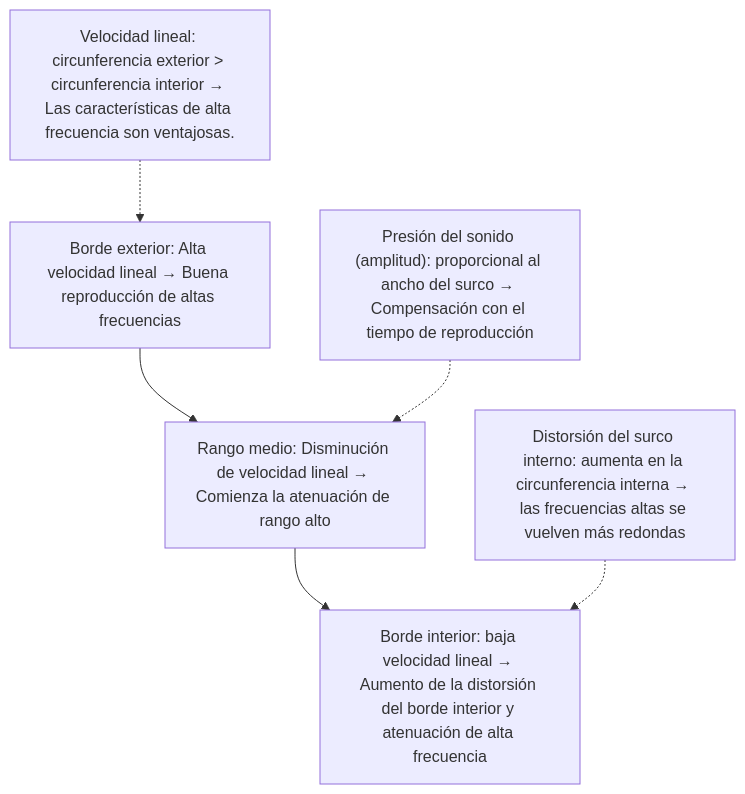
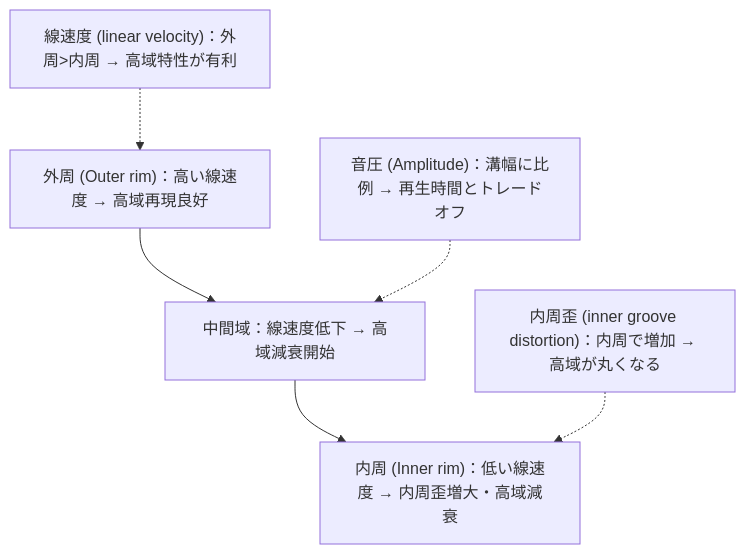
One commit to monumental-movement/monumental-movement.github.io changed the third of 3 diagrams in es/_posts/2025-10-11-Colum-10-Inch-Vinyl-Tech.md. Above: the diagram before and after it, drawn with Mermaid. The commit also changed other lines of this file and 299 other files, not shown here.

```diff
--- a/es/_posts/2025-10-11-Colum-10-Inch-Vinyl-Tech.md
+++ b/es/_posts/2025-10-11-Colum-10-Inch-Vinyl-Tech.md
@@ -217,19 +217,19 @@
 <div class="mermaid">
 
 flowchart TD
-    O["Borde exterior: Alta velocidad lineal → Buena reproducción de altas frecuencias"]
-    M["Rango medio: Disminución de velocidad lineal → Comienza la atenuación de rango alto"]
-    I["Borde interior: baja velocidad lineal → Aumento de la distorsión del borde interior y atenuación de alta frecuencia"]
+    O["外周 (Outer rim)：高い線速度 → 高域再現良好"]
+    M["中間域：線速度低下 → 高域減衰開始"]
+    I["内周 (Inner rim)：低い線速度 → 内周歪増大・高域減衰"]
 
     O --> M --> I
 
-    %% Agregar anotación con nodo
-    A["Velocidad lineal: circunferencia exterior > circunferencia interior → Las características de alta frecuencia son ventajosas".]
-    B["Distorsión del surco interno: aumenta en la circunferencia interna → las frecuencias altas se vuelven más redondas"]
-    C["Presión del sonido (amplitud): proporcional al ancho del surco → Compensación con el tiempo de reproducción"]
+    %% 注釈をノードで追加
+    A["線速度 (linear velocity)：外周>内周 → 高域特性が有利"]
+    B["内周歪 (inner groove distortion)：内周で増加 → 高域が丸くなる"]
+    C["音圧 (Amplitude)：溝幅に比例 → 再生時間とトレードオフ"]
 
     A -.-> O
     B -.-> I
     C -.-> M
 
 </div>
```
